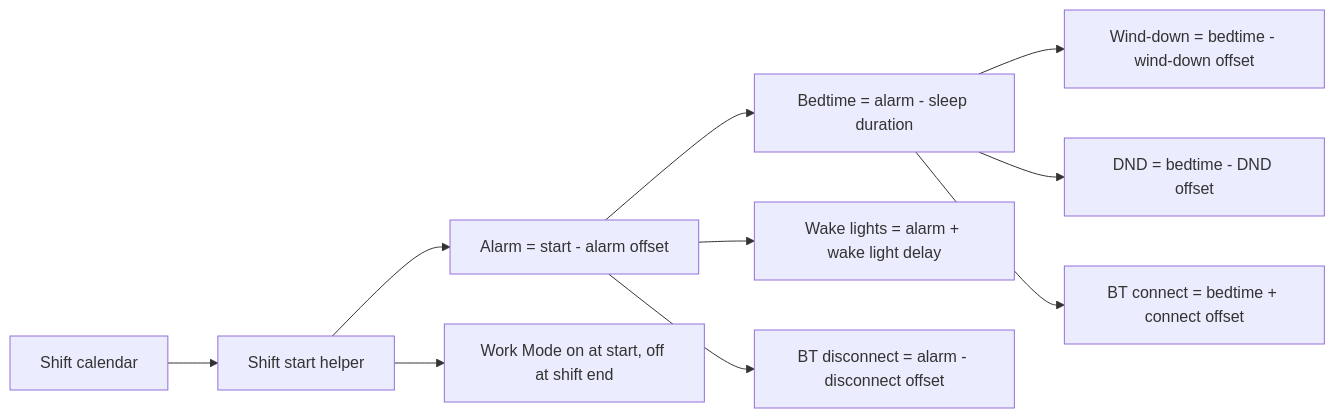
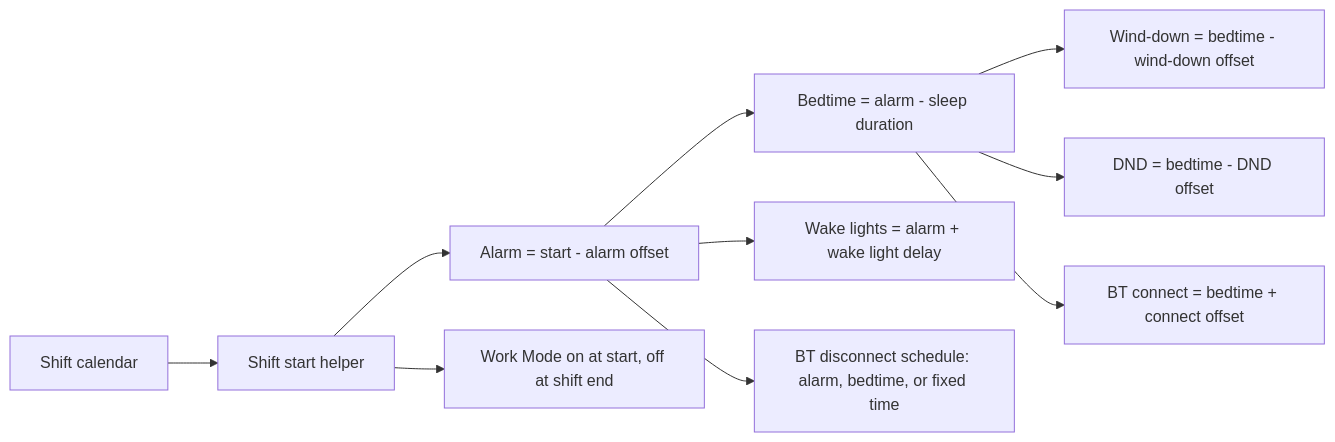
Before and after one commit to theniwo/homeassistant: the second of 3 diagrams in README.md, drawn with Mermaid. The commit also changed other lines of this file and 5 other files, not shown here.

Commit message:
✨ feat(bluetooth): add disconnect schedule selector

````diff
--- a/README.md
+++ b/README.md
@@ -59,12 +59,12 @@
 ```mermaid
 flowchart LR
     C[Shift calendar] --> S[Shift start helper]
     S --> A[Alarm = start - alarm offset]
     A --> B[Bedtime = alarm - sleep duration]
     A --> L[Wake lights = alarm + wake light delay]
     B --> W[Wind-down = bedtime - wind-down offset]
     B --> D[DND = bedtime - DND offset]
     B --> BC[BT connect = bedtime + connect offset]
-    A --> BD[BT disconnect = alarm - disconnect offset]
+    A --> BD[BT disconnect schedule: alarm, bedtime, or fixed time]
     S --> M[Work Mode on at start, off at shift end]
 ```
````
